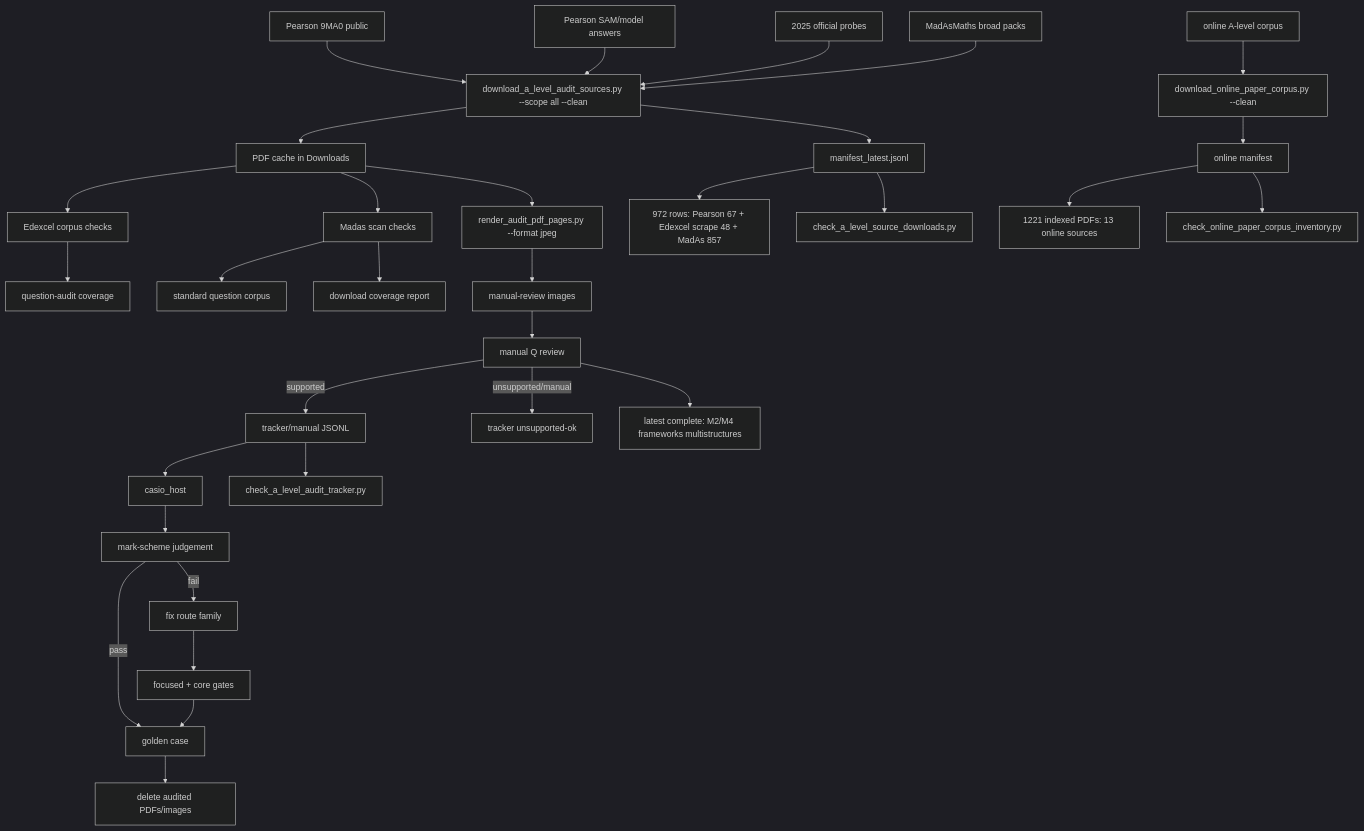
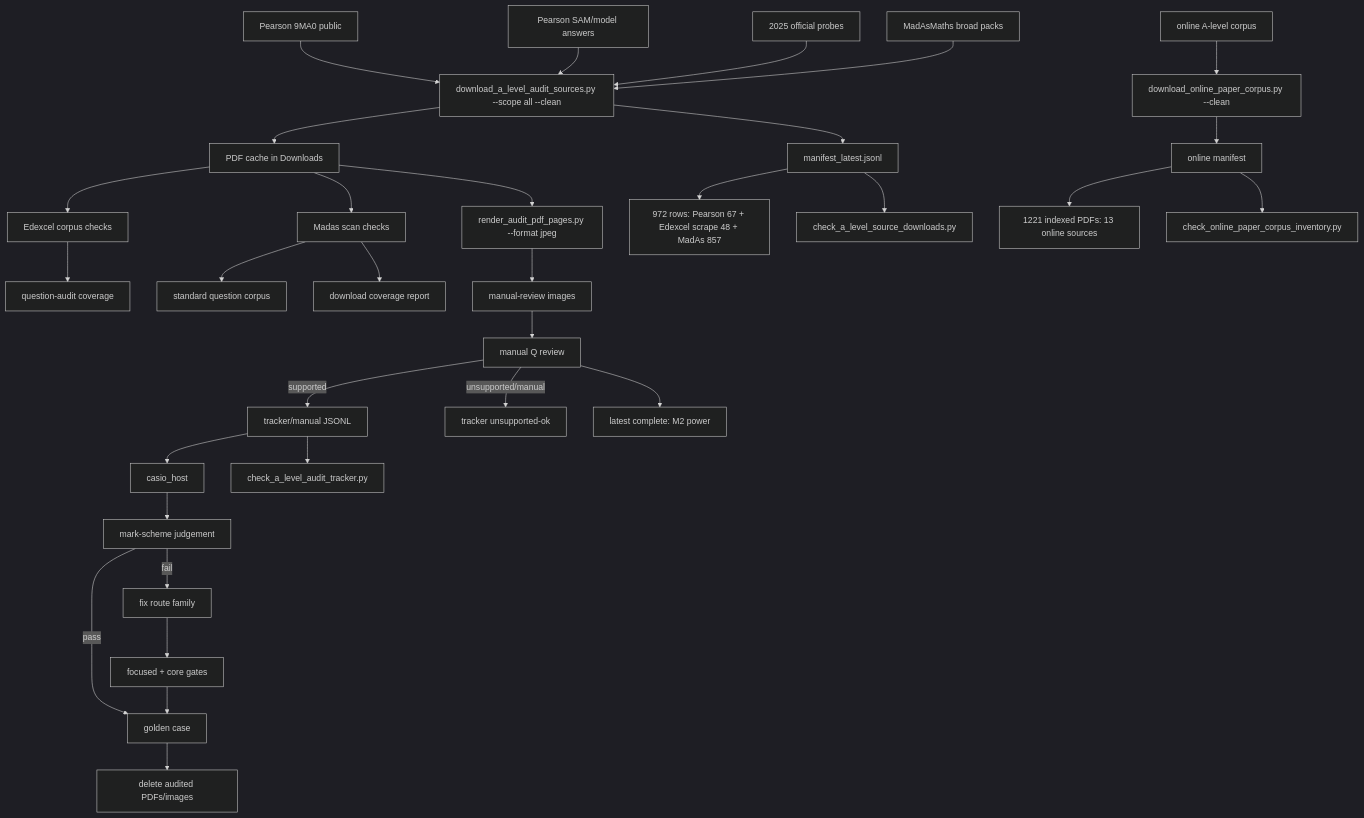
The diagram in c++/tools/golden/a_level_audit_graph.md (james8464/notes-addin-casio-fx-cg50), drawn with Mermaid (dark theme) before and after one commit. The commit also changed other lines of this file and 2 other files, not shown here.

Commit message:
Audit M2 power booklet

````diff
--- a/c++/tools/golden/a_level_audit_graph.md
+++ b/c++/tools/golden/a_level_audit_graph.md
@@ -3,34 +3,34 @@
 ```mermaid
 graph TD
   E1["Pearson 9MA0 public"] --> D["download_a_level_audit_sources.py --scope all --clean"]
   E2["Pearson SAM/model answers"] --> D
   E3["2025 official probes"] --> D
   M1["MadAsMaths broad packs"] --> D
   O1["online A-level corpus"] --> OD["download_online_paper_corpus.py --clean"]
   D --> P["PDF cache in Downloads"]
   D --> X["manifest_latest.jsonl"]
   OD --> OX["online manifest"]
   X --> XC["972 rows: Pearson 67 + Edexcel scrape 48 + MadAs 857"]
   OX --> OC["1221 indexed PDFs: 13 online sources"]
   X --> V["check_a_level_source_downloads.py"]
   OX --> OV["check_online_paper_corpus_inventory.py"]
   P --> E["Edexcel corpus checks"]
   E --> EQ["question-audit coverage"]
   P --> S["Madas scan checks"]
   S --> M["standard question corpus"]
   S --> MC["download coverage report"]
   P --> R["render_audit_pdf_pages.py --format jpeg"]
   R --> I["manual-review images"]
   I --> Q["manual Q review"]
   Q -->|supported| J["tracker/manual JSONL"]
   Q -->|unsupported/manual| U["tracker unsupported-ok"]
   J --> H["casio_host"]
   J --> K["check_a_level_audit_tracker.py"]
   H --> C["mark-scheme judgement"]
   C -->|pass| G["golden case"]
   C -->|fail| F["fix route family"]
   F --> T["focused + core gates"]
   T --> G
   G --> Z["delete audited PDFs/images"]
-  Q --> Qt["latest complete: M2/M4 frameworks multistructures"]
+  Q --> Qt["latest complete: M2 power"]
 ```
````
